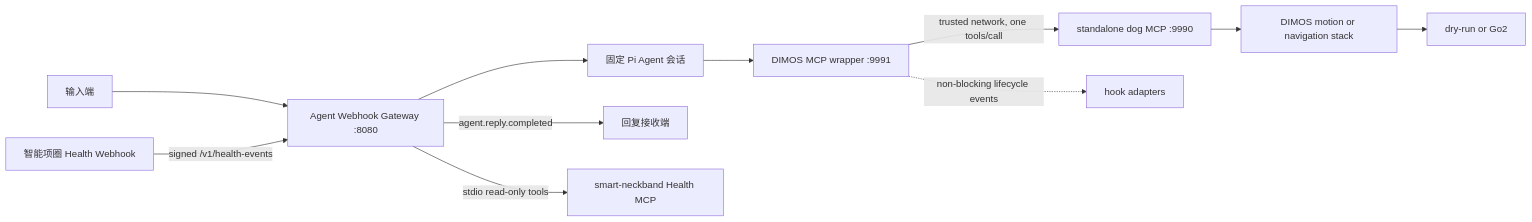
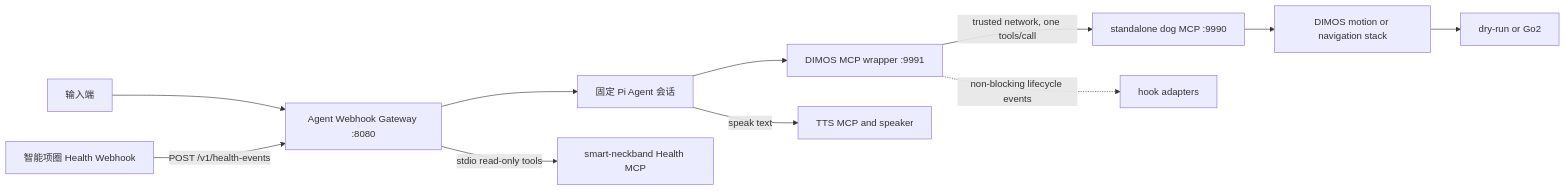
One commit to J9HSON/agent changed the diagram in CONTEXT.md. Above: the diagram before and after it, drawn with Mermaid. The commit also changed other lines of this file and 33 other files, not shown here.

First line of the commit message:
feat: remove reply webhook, add explicit TTS MCP tool

````diff
--- a/CONTEXT.md
+++ b/CONTEXT.md
@@ -39,13 +39,13 @@
 ```mermaid
 flowchart LR
     I[输入端] --> G[Agent Webhook Gateway :8080]
     G --> A[固定 Pi Agent 会话]
     A --> B[DIMOS MCP wrapper :9991]
     B -->|trusted network, one tools/call| C[standalone dog MCP :9990]
     C --> D[DIMOS motion or navigation stack]
     D --> E[dry-run or Go2]
     B -. non-blocking lifecycle events .-> F[hook adapters]
-    G -->|agent.reply.completed| R[回复接收端]
-    H[智能项圈 Health Webhook] -->|signed /v1/health-events| G
+    A -->|speak text| T[TTS MCP and speaker]
+    H[智能项圈 Health Webhook] -->|POST /v1/health-events| G
     G -->|stdio read-only tools| M[smart-neckband Health MCP]
 ```
````
